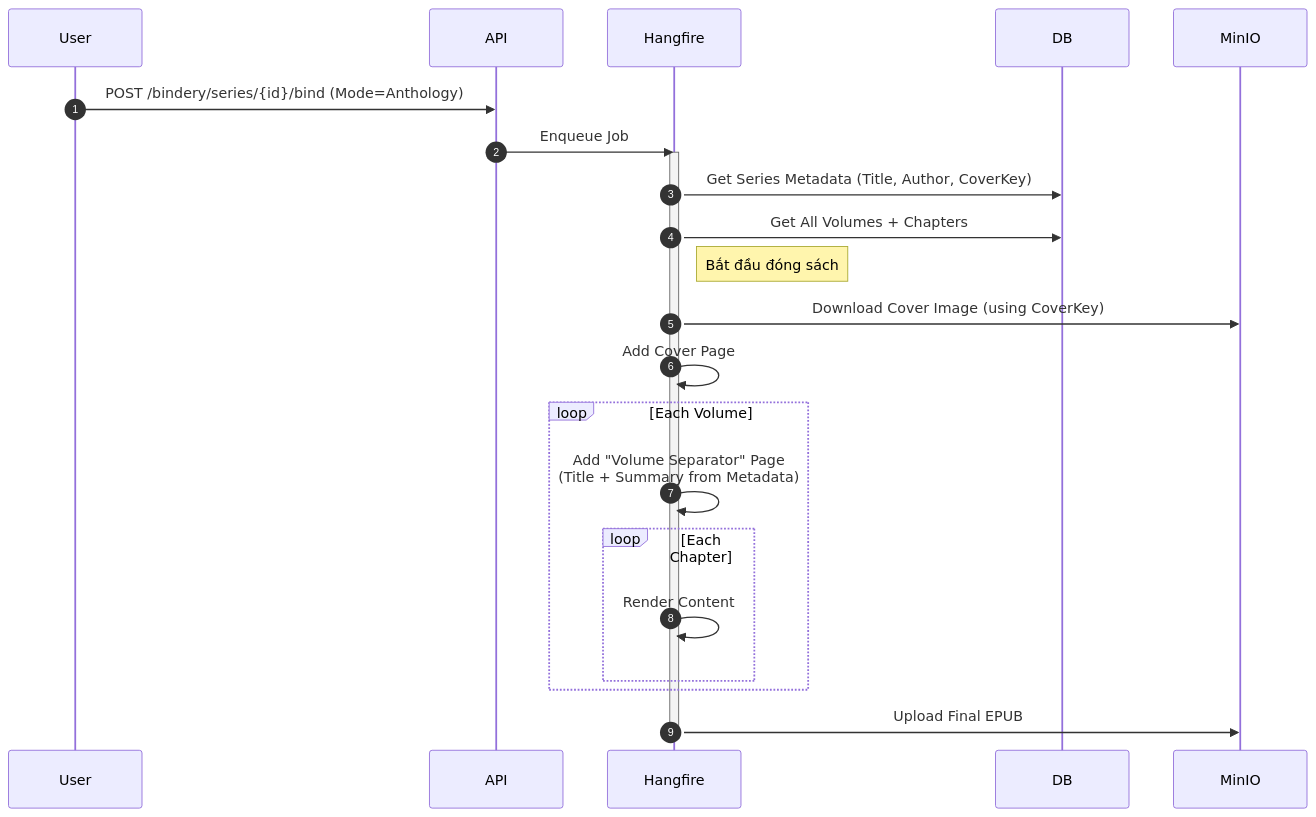
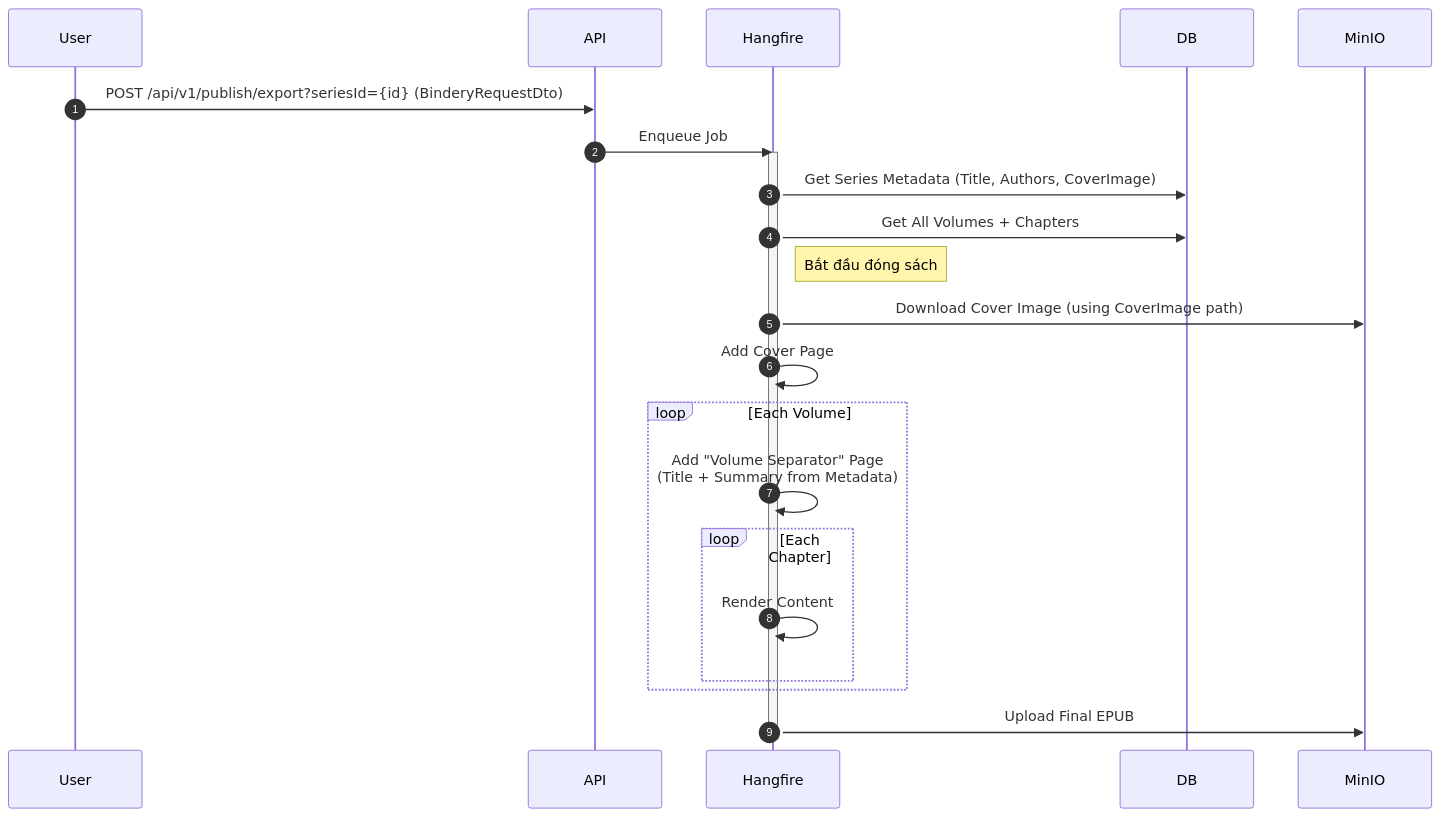
One commit to fm39hz/Grimoire.NET changed the fourth of 5 diagrams in doc/diagram.md. Above: the diagram before and after it, drawn with Mermaid. The commit also changed other lines of this file and 5 other files, not shown here.

````diff
--- a/doc/diagram.md
+++ b/doc/diagram.md
@@ -112,31 +112,31 @@
 ```mermaid
 sequenceDiagram
     autonumber
     participant User
     participant API
     participant Hangfire
     participant DB
     participant MinIO
 
-    User->>API: POST /bindery/series/{id}/bind (Mode=Anthology)
+    User->>API: POST /api/v1/publish/export?seriesId={id} (BinderyRequestDto)
     API->>Hangfire: Enqueue Job
     
     activate Hangfire
-    Hangfire->>DB: Get Series Metadata (Title, Author, CoverKey)
+    Hangfire->>DB: Get Series Metadata (Title, Authors, CoverImage)
     Hangfire->>DB: Get All Volumes + Chapters
     
     note right of Hangfire: Bắt đầu đóng sách
     
-    Hangfire->>MinIO: Download Cover Image (using CoverKey)
+    Hangfire->>MinIO: Download Cover Image (using CoverImage path)
     Hangfire->>Hangfire: Add Cover Page
     
     loop Each Volume
         Hangfire->>Hangfire: Add "Volume Separator" Page<br/>(Title + Summary from Metadata)
         loop Each Chapter
              Hangfire->>Hangfire: Render Content
         end
     end
     
     Hangfire->>MinIO: Upload Final EPUB
     deactivate Hangfire
 ```
````
